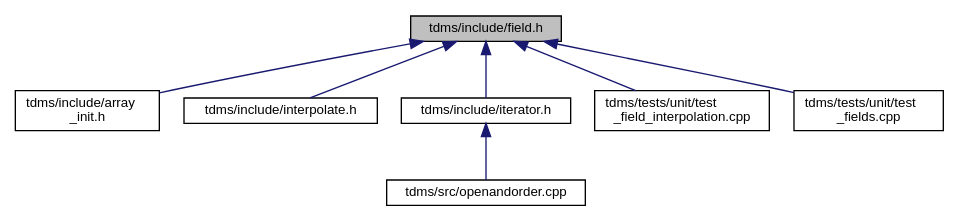
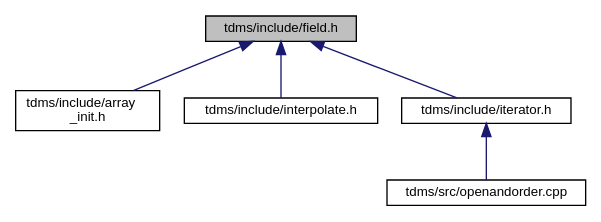
One commit to UCL/TDMS changed the diagram in field_8h__dep__incl.dot. Above: the diagram before and after it, drawn with Graphviz. The commit also changed 101 other files, not shown here.

```diff
--- a/field_8h__dep__incl.dot
+++ b/field_8h__dep__incl.dot
@@ -1,19 +1,15 @@
 digraph "tdms/include/field.h"
 {
  // LATEX_PDF_SIZE
   edge [fontname="Helvetica",fontsize="10",labelfontname="Helvetica",labelfontsize="10"];
   node [fontname="Helvetica",fontsize="10",shape=record];
   Node1 [label="tdms/include/field.h",height=0.2,width=0.4,color="black", fillcolor="grey75", style="filled", fontcolor="black",tooltip="Classes for the electric and magnetic (split) fields on a grid."];
   Node1 -> Node2 [dir="back",color="midnightblue",fontsize="10",style="solid",fontname="Helvetica"];
   Node2 [label="tdms/include/array\l_init.h",height=0.2,width=0.4,color="black", fillcolor="white", style="filled",URL="$array__init_8h.html",tooltip="A collection of functions for array initialisation given MATLAB pointers."];
   Node1 -> Node3 [dir="back",color="midnightblue",fontsize="10",style="solid",fontname="Helvetica"];
   Node3 [label="tdms/include/interpolate.h",height=0.2,width=0.4,color="black", fillcolor="white", style="filled",URL="$interpolate_8h.html",tooltip="Interpolation of field values within FDTD grid."];
   Node1 -> Node4 [dir="back",color="midnightblue",fontsize="10",style="solid",fontname="Helvetica"];
   Node4 [label="tdms/include/iterator.h",height=0.2,width=0.4,color="black", fillcolor="white", style="filled",URL="$iterator_8h.html",tooltip="The main time propogation algorithm."];
   Node4 -> Node5 [dir="back",color="midnightblue",fontsize="10",style="solid",fontname="Helvetica"];
   Node5 [label="tdms/src/openandorder.cpp",height=0.2,width=0.4,color="black", fillcolor="white", style="filled",URL="$openandorder_8cpp.html",tooltip="Launch and file IO."];
-  Node1 -> Node6 [dir="back",color="midnightblue",fontsize="10",style="solid",fontname="Helvetica"];
-  Node6 [label="tdms/tests/unit/test\l_field_interpolation.cpp",height=0.2,width=0.4,color="black", fillcolor="white", style="filled",URL="$test__field__interpolation_8cpp.html",tooltip="Tests interpolation of E- and H-fields and compares the errors against MATLAB benchmarks."];
-  Node1 -> Node7 [dir="back",color="midnightblue",fontsize="10",style="solid",fontname="Helvetica"];
-  Node7 [label="tdms/tests/unit/test\l_fields.cpp",height=0.2,width=0.4,color="black", fillcolor="white", style="filled",URL="$test__fields_8cpp.html",tooltip="Test of the Field class and subclasses."];
 }
```
